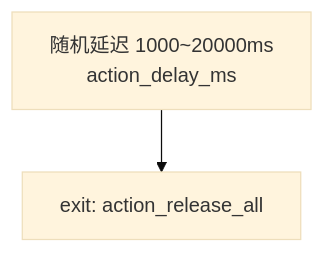
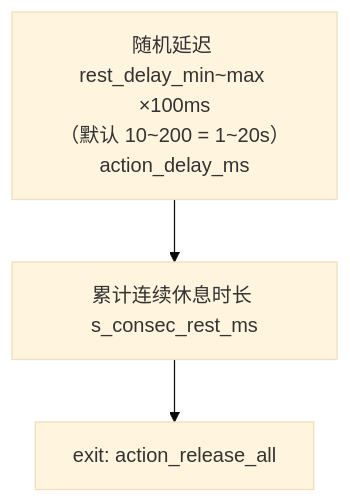
Before and after one commit to cr3hf/ESP32_WEB_BLE_Keyboard-mouse: the sixth of 6 diagrams in 程序逻辑说明.md, drawn with Mermaid (base theme). The commit also changed other lines of this file and 8 other files, not shown here.

````diff
--- a/程序逻辑说明.md
+++ b/程序逻辑说明.md
@@ -237,4 +239,5 @@
 ```mermaid
 flowchart TD
-    A[随机延迟 1000~20000ms<br/>action_delay_ms] --> B[exit: action_release_all]
+    A[随机延迟 rest_delay_min~max ×100ms<br/>（默认 10~200 = 1~20s）<br/>action_delay_ms] --> B[累计连续休息时长 s_consec_rest_ms]
+    B --> C[exit: action_release_all]
 ```
````
